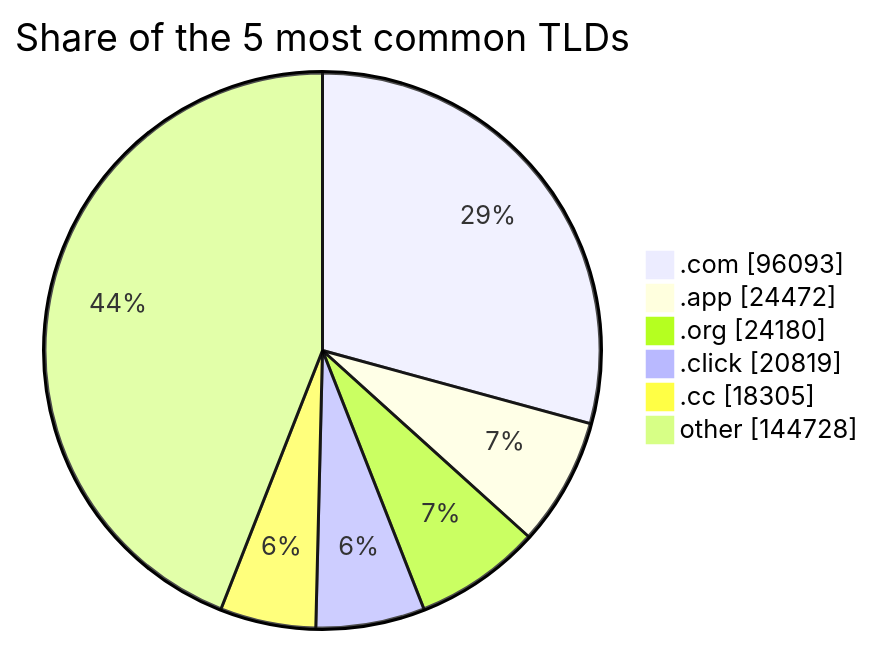
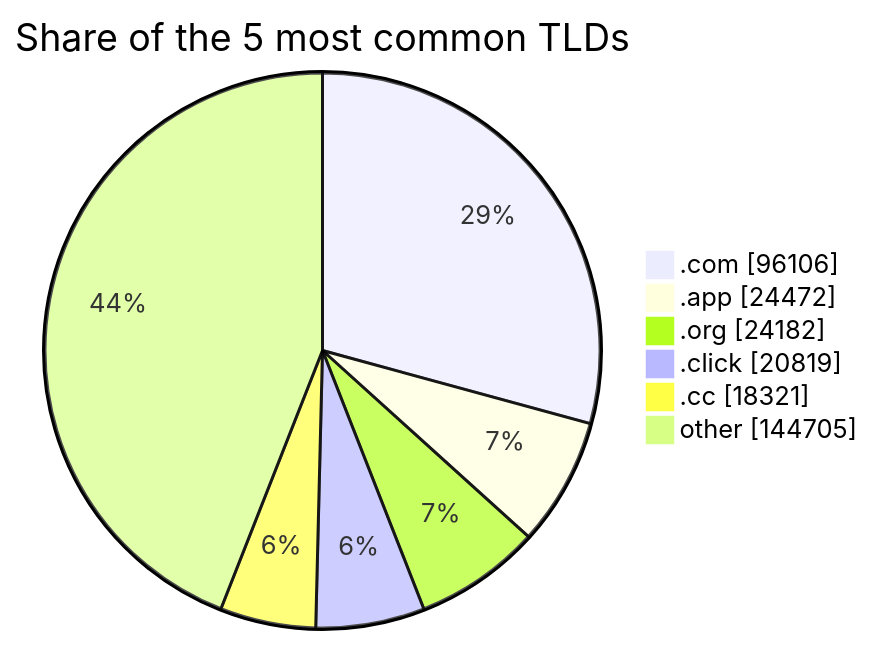
The third of 3 diagrams in README.md (DNSBunker/CTI), drawn with Mermaid before and after one commit. The commit also changed other lines of this file and 4 other files, not shown here.

````diff
--- a/README.md
+++ b/README.md
@@ -81,9 +81,9 @@
 ```mermaid
 pie showData title Share of the 5 most common TLDs
-    ".com" : 96093
+    ".com" : 96106
     ".app" : 24472
-    ".org" : 24180
+    ".org" : 24182
     ".click" : 20819
-    ".cc" : 18305
-    "other" : 144728
+    ".cc" : 18321
+    "other" : 144705
 ```
````
